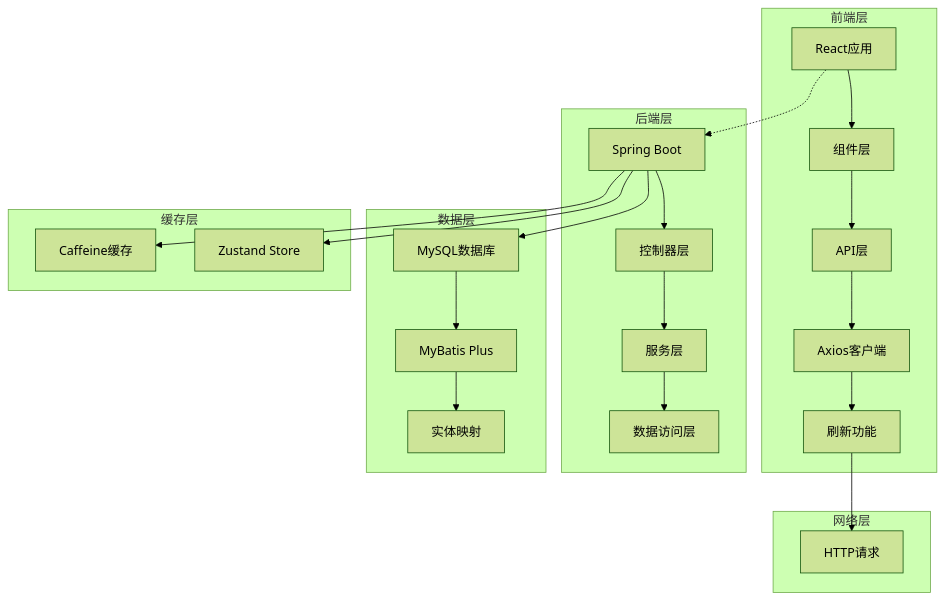
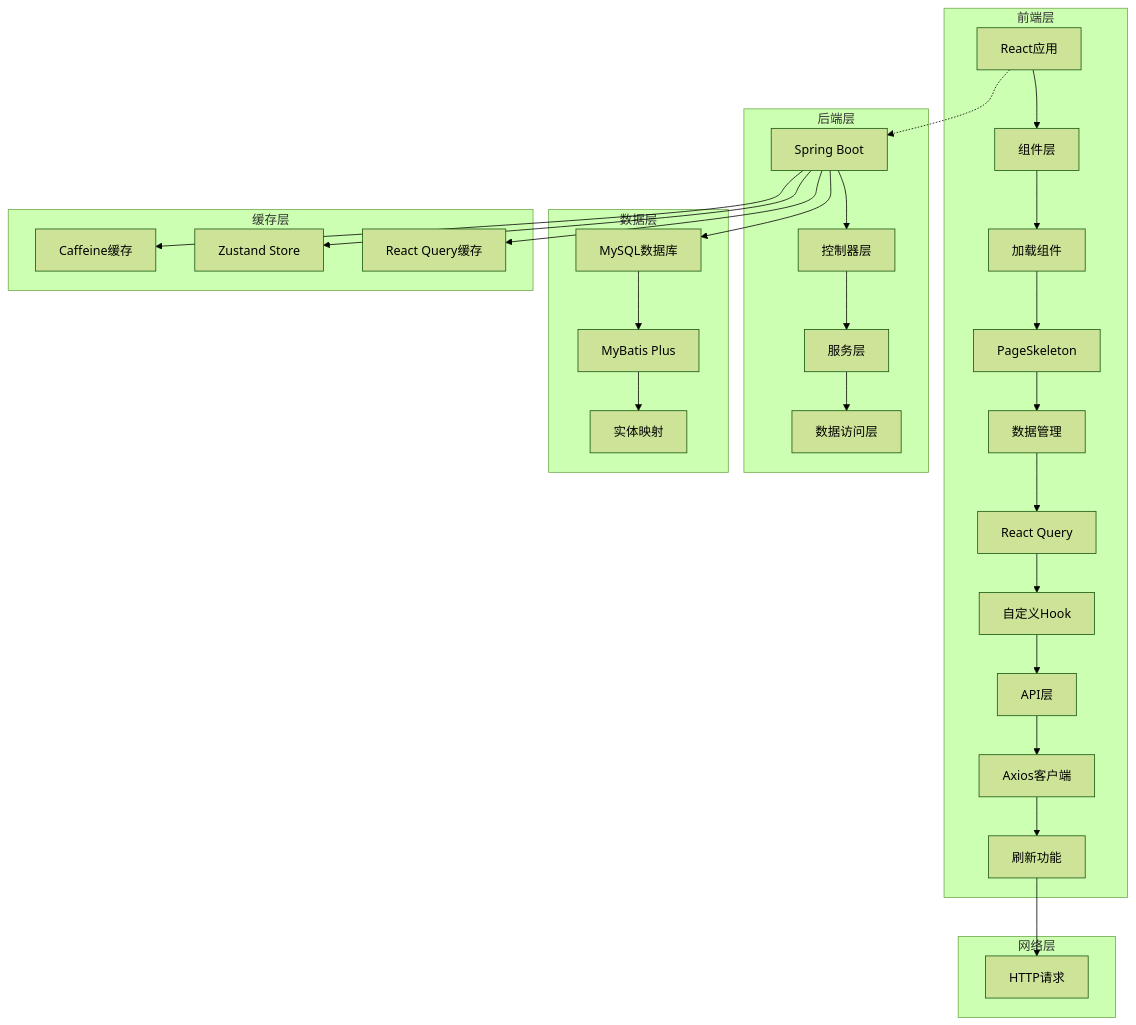
Before and after one commit to gree-coder/fund-butler: the second of 20 diagrams in .qoder/repowiki/zh/content/核心功能开发/前端投资组合管理增强.md, drawn with Mermaid (forest theme). The commit also changed other lines of this file and 21 other files, not shown here.

````diff
--- a/.qoder/repowiki/zh/content/核心功能开发/前端投资组合管理增强.md
+++ b/.qoder/repowiki/zh/content/核心功能开发/前端投资组合管理增强.md
@@ -186,29 +196,36 @@
 ```mermaid
 graph TB
 subgraph "前端层"
 A[React应用] --> B[组件层]
-B --> C[API层]
-C --> D[Axios客户端]
-D --> E[刷新功能]
+B --> C[加载组件]
+C --> D[PageSkeleton]
+D --> E[数据管理]
+E --> F[React Query]
+F --> G[自定义Hook]
+G --> H[API层]
+H --> I[Axios客户端]
+I --> J[刷新功能]
 end
 subgraph "网络层"
-E --> F[HTTP请求]
+J --> K[HTTP请求]
 end
 subgraph "后端层"
-G[Spring Boot] --> H[控制器层]
-H --> I[服务层]
-I --> J[数据访问层]
+L[Spring Boot] --> M[控制器层]
+M --> N[服务层]
+N --> O[数据访问层]
 end
 subgraph "数据层"
-K[MySQL数据库] --> L[MyBatis Plus]
-L --> M[实体映射]
+P[MySQL数据库] --> Q[MyBatis Plus]
+Q --> R[实体映射]
 end
 subgraph "缓存层"
-N[Caffeine缓存]
-O[Zustand Store]
+S[Caffeine缓存]
+T[Zustand Store]
+U[React Query缓存]
 end
-A -.-> G
-G --> K
-G --> N
-G --> O
+A -.-> L
+L --> P
+L --> S
+L --> T
+L --> U
 ```
````
